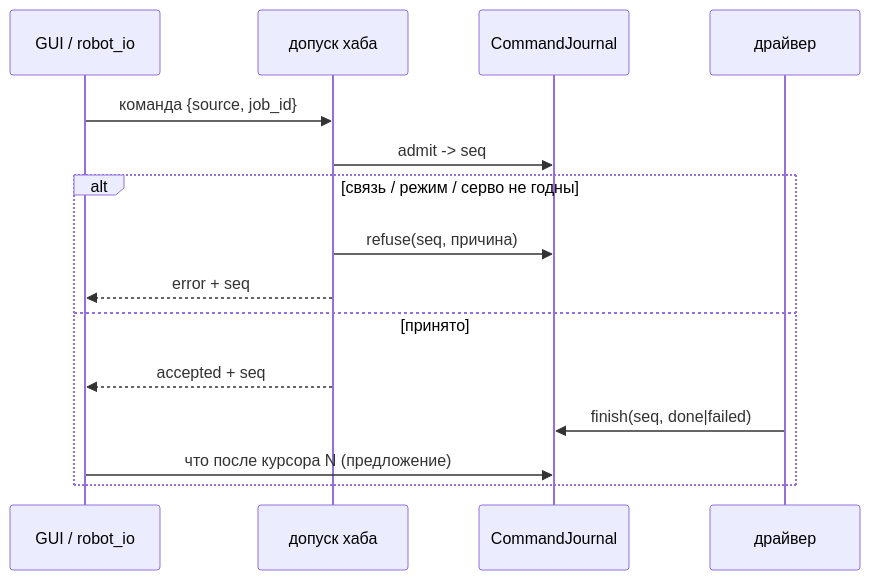
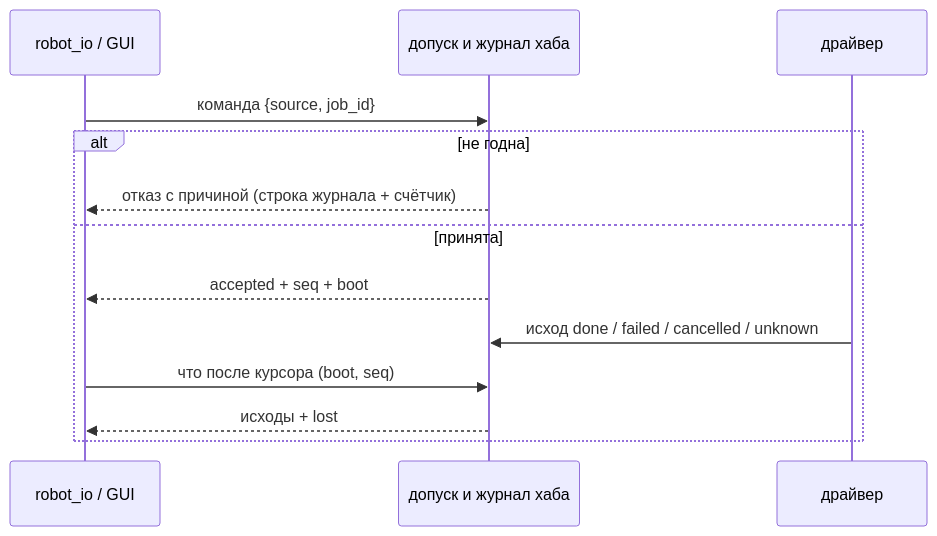
Before and after one commit to TWOKRAI/Inspector_bottles: the third of 3 diagrams in docs/reports/2026-11-26_robot-device-architecture.md, drawn with Mermaid. The commit also changed other lines of this file and 5 other files, not shown here.

````diff
--- a/docs/reports/2026-11-26_robot-device-architecture.md
+++ b/docs/reports/2026-11-26_robot-device-architecture.md
@@ -157,17 +182,15 @@
 ```mermaid
 sequenceDiagram
-  participant C as GUI / robot_io
-  participant A as допуск хаба
-  participant J as CommandJournal
+  participant C as robot_io / GUI
+  participant H as допуск и журнал хаба
   participant D as драйвер
-  C->>A: команда {source, job_id}
-  A->>J: admit -> seq
-  alt связь / режим / серво не годны
-    A->>J: refuse(seq, причина)
-    A-->>C: error + seq
-  else принято
-    A-->>C: accepted + seq
-    D->>J: finish(seq, done|failed)
-    C->>J: что после курсора N (предложение)
+  C->>H: команда {source, job_id}
+  alt не годна
+    H-->>C: отказ с причиной (строка журнала + счётчик)
+  else принята
+    H-->>C: accepted + seq + boot
+    D->>H: исход done / failed / cancelled / unknown
+    C->>H: что после курсора (boot, seq)
+    H-->>C: исходы + lost
   end
 ```
````
